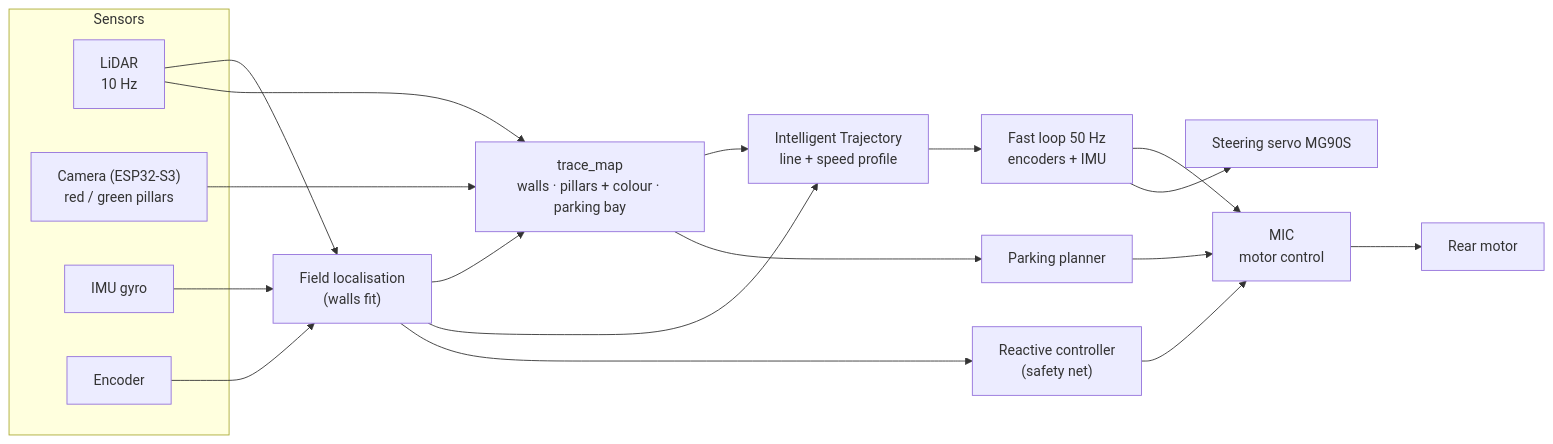
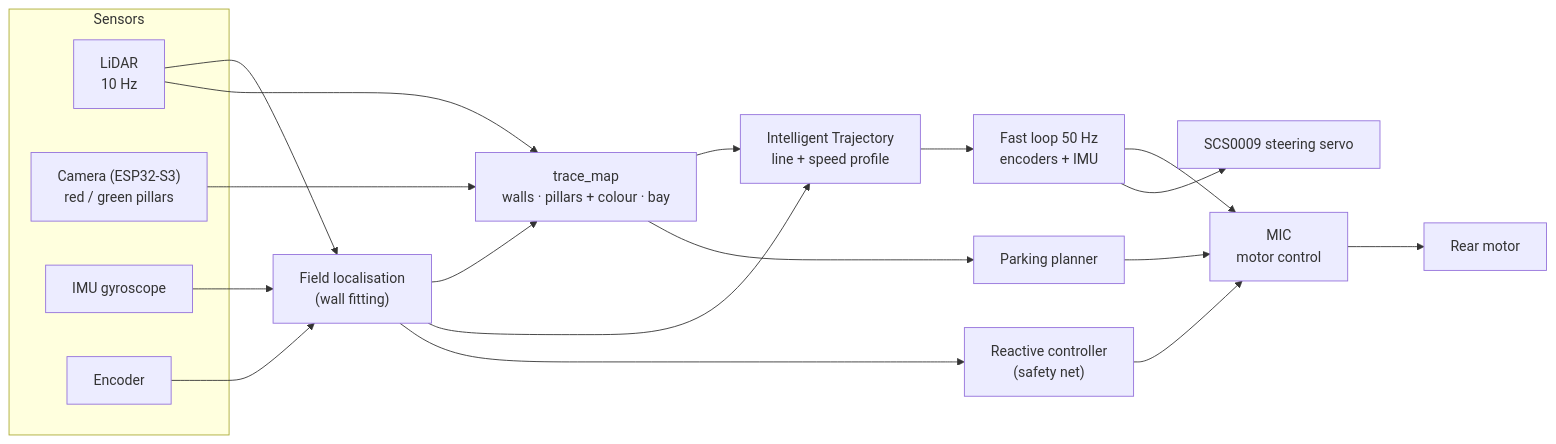
The second of 2 diagrams in README.md (Eddym06/AutoNex), drawn with Mermaid before and after one commit. The commit also changed other lines of this file and 13 other files, not shown here.

````diff
--- a/README.md
+++ b/README.md
@@ -53,25 +428,25 @@
 ```mermaid
 flowchart LR
     subgraph S["Sensors"]
-        L["LiDAR<br/>10 Hz"] 
+        L["LiDAR<br/>10 Hz"]
         C["Camera (ESP32-S3)<br/>red / green pillars"]
-        I["IMU gyro"]
+        I["IMU gyroscope"]
         E["Encoder"]
     end
-    L --> LOC["Field localisation<br/>(walls fit)"]
+    L --> LOC["Field localisation<br/>(wall fitting)"]
     I --> LOC
     E --> LOC
-    L --> MAP["trace_map<br/>walls · pillars + colour · parking bay"]
+    L --> MAP["trace_map<br/>walls · pillars + colour · bay"]
     C --> MAP
     LOC --> MAP
     MAP --> IT["Intelligent Trajectory<br/>line + speed profile"]
     LOC --> IT
     IT --> FAST["Fast loop 50 Hz<br/>encoders + IMU"]
     MAP --> PARK["Parking planner"]
     LOC --> REACT["Reactive controller<br/>(safety net)"]
     FAST --> MIC["MIC<br/>motor control"]
     REACT --> MIC
     PARK --> MIC
     MIC --> M["Rear motor"]
-    FAST --> SV["Steering servo MG90S"]
+    FAST --> SV["SCS0009 steering servo"]
 ```
````
